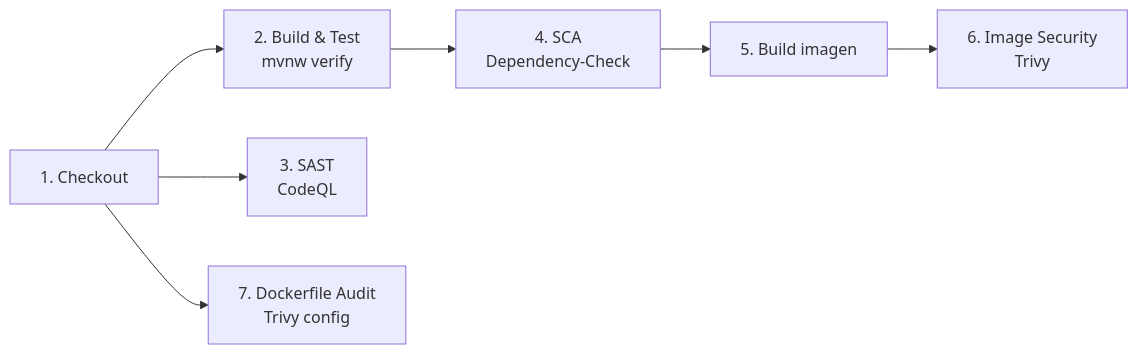
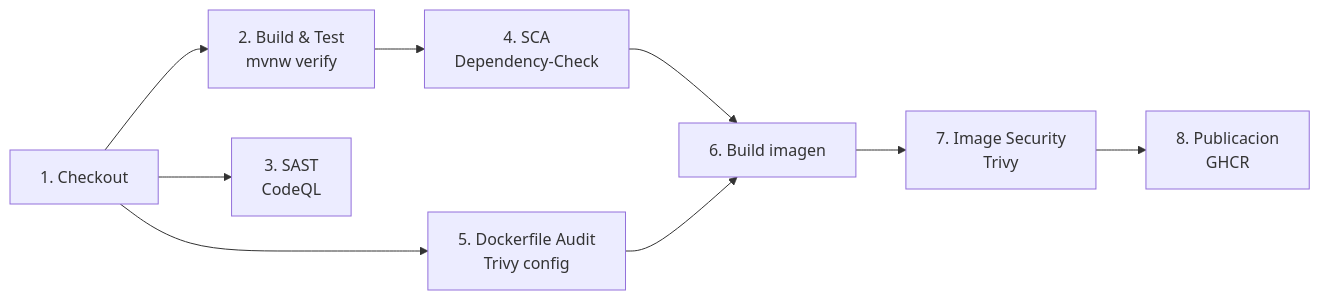
The diagram in README.md (daedov/pet-clinic), drawn with Mermaid before and after one commit. The commit also changed other lines of this file and 2 other files, not shown here.

Commit message:
Publicar la imagen en GHCR tras los gates y encadenar el audit del Dockerfile

````diff
--- a/README.md
+++ b/README.md
@@ -11,9 +11,11 @@
 ```mermaid
 flowchart LR
     CO[1. Checkout] --> BT[2. Build & Test<br/>mvnw verify]
     BT --> SCA[4. SCA<br/>Dependency-Check]
-    SCA --> IMG[5. Build imagen]
-    IMG --> TR[6. Image Security<br/>Trivy]
+    SCA --> IMG[6. Build imagen]
+    IMG --> TR[7. Image Security<br/>Trivy]
+    TR --> PUB[8. Publicacion<br/>GHCR]
     CO --> SAST[3. SAST<br/>CodeQL]
-    CO --> DF[7. Dockerfile Audit<br/>Trivy config]
+    CO --> DF[5. Dockerfile Audit<br/>Trivy config]
+    DF --> IMG
 ```
````
